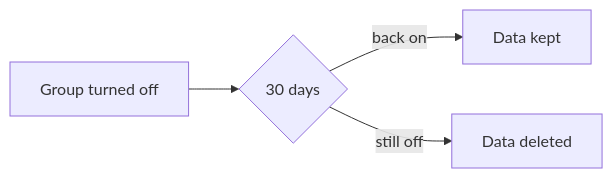
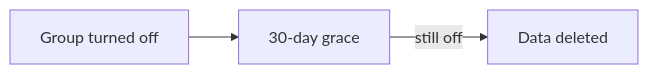
The sixth of 6 diagrams in docs/pages/engineering/architecture/indexing/sdlc-indexing.md (gitlabhq/orbit-knowledge-graph), drawn with Mermaid before and after one commit. The commit also changed other lines of this file and 8 other files, not shown here.

Commit message:
docs(testing): rewrite the end-to-end page and use banner diagrams

````diff
--- a/docs/pages/engineering/architecture/indexing/sdlc-indexing.md
+++ b/docs/pages/engineering/architecture/indexing/sdlc-indexing.md
@@ -114,6 +102,4 @@
 ```mermaid
 flowchart LR
-    Off[Group turned off] --> Grace{30 days}
-    Grace -- back on --> Kept[Data kept]
-    Grace -- still off --> Gone[Data deleted]
+    Off[Group turned off] --> Grace[30-day grace] -- still off --> Gone[Data deleted]
 ```
````
